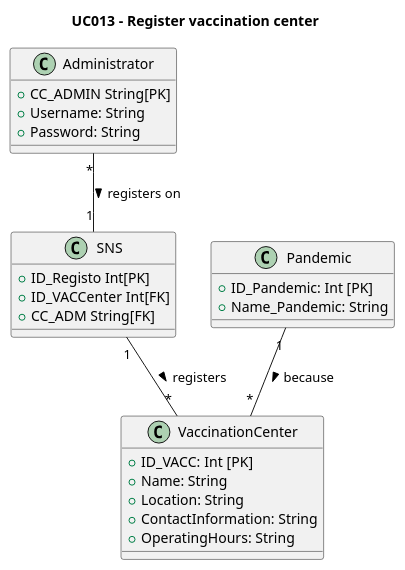
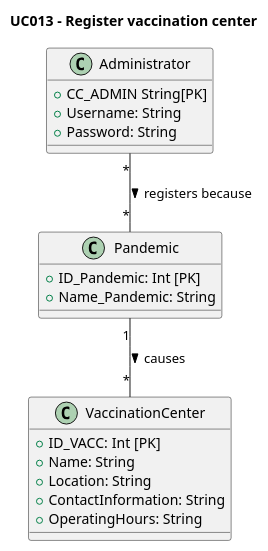
Before and after one commit to rafaafig/SnsTrab: the diagram in sns-base/doc/global/use-cases/UC013/uc-UCD013-DM.puml, drawn with PlantUML.

Commit message:
User case updated

```diff
--- a/sns-base/doc/global/use-cases/UC013/uc-UCD013-DM.puml
+++ b/sns-base/doc/global/use-cases/UC013/uc-UCD013-DM.puml
@@ -1,35 +1,29 @@
 @startuml
 'skinparam monochrome true
 'skinparam shadowing false
 
 title UC013 - Register vaccination center
 
 class Administrator {
     +CC_ADMIN String[PK]
     +Username: String
     +Password: String
-}
-class SNS{
-    +ID_Registo Int[PK]
-    +ID_VACCenter Int[FK]
-    +CC_ADM String[FK]
 }
 
 class VaccinationCenter {
     +ID_VACC: Int [PK]
     +Name: String
     +Location: String
     +ContactInformation: String
     +OperatingHours: String
 }
 
 class Pandemic{
     +ID_Pandemic: Int [PK]
     +Name_Pandemic: String
 }
 ' Relationships
-Administrator "*" -- "1" SNS : registers on >
-SNS "1" -- "*" VaccinationCenter : registers >
-Pandemic "1" -- "*" VaccinationCenter : because >
+Administrator "*" -- "*" Pandemic : registers because >
+Pandemic "1" -- "*" VaccinationCenter : causes >
 
 @enduml
```
